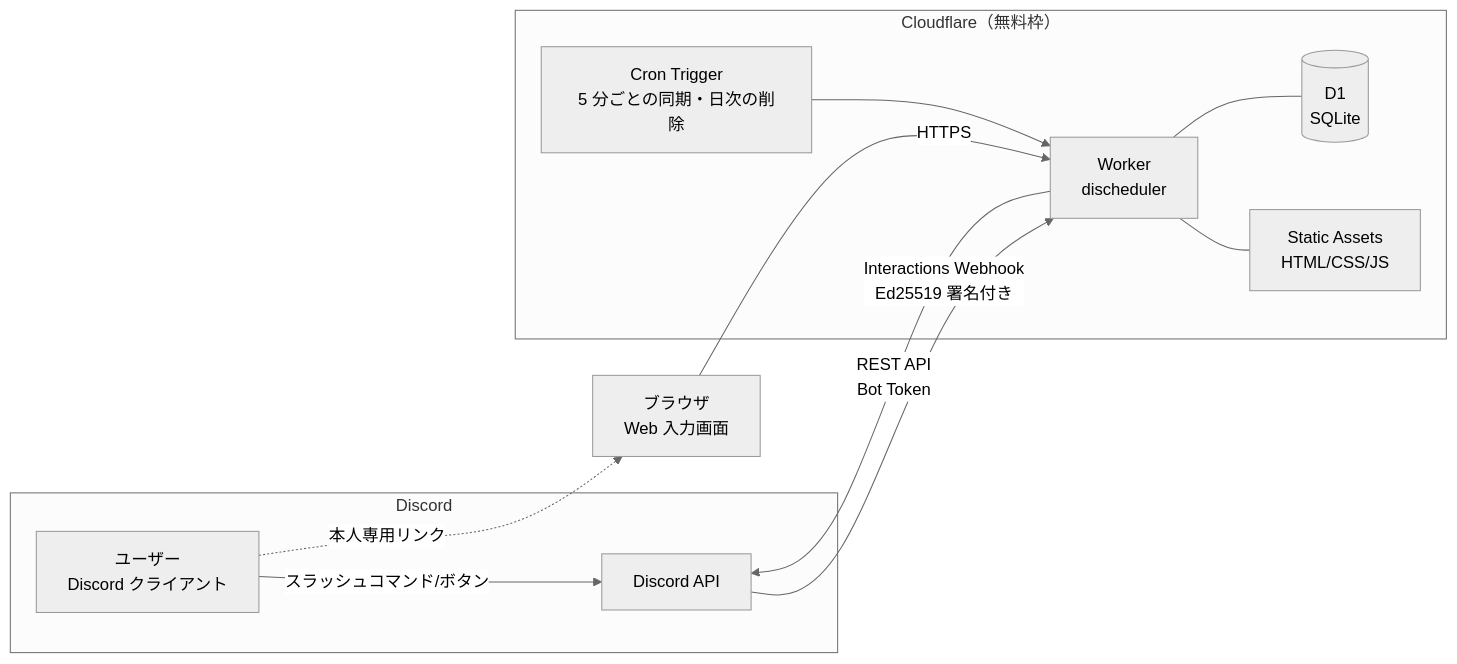
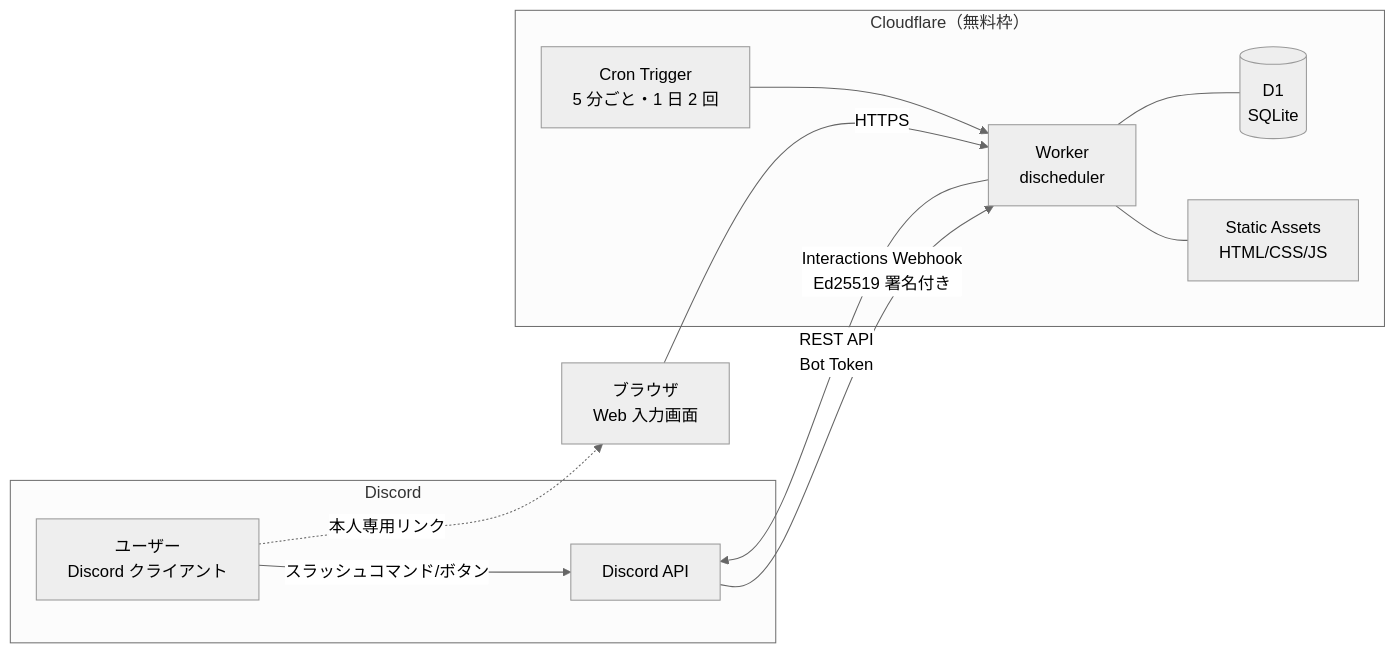
The first of 5 diagrams in docs/design.md (etlit-r/DIscheduler), drawn with Mermaid (neutral theme) before and after one commit. The commit also changed other lines of this file, not shown here.

````diff
--- a/docs/design.md
+++ b/docs/design.md
@@ -61,25 +62,25 @@
 ```mermaid
 flowchart LR
   subgraph Discord
     U[ユーザー<br/>Discord クライアント]
     DAPI[Discord API]
   end
 
   subgraph Cloudflare["Cloudflare（無料枠）"]
     W[Worker<br/>discheduler]
     SA[Static Assets<br/>HTML/CSS/JS]
     D1[(D1<br/>SQLite)]
-    CRON[Cron Trigger<br/>5 分ごとの同期・日次の削除]
+    CRON[Cron Trigger<br/>5 分ごと・1 日 2 回]
   end
 
   B[ブラウザ<br/>Web 入力画面]
 
   U -- スラッシュコマンド/ボタン --> DAPI
   DAPI -- Interactions Webhook<br/>Ed25519 署名付き --> W
   W -- REST API<br/>Bot Token --> DAPI
   U -. 本人専用リンク .-> B
   B -- HTTPS --> W
   W --- SA
   W --- D1
   CRON --> W
 ```
````
